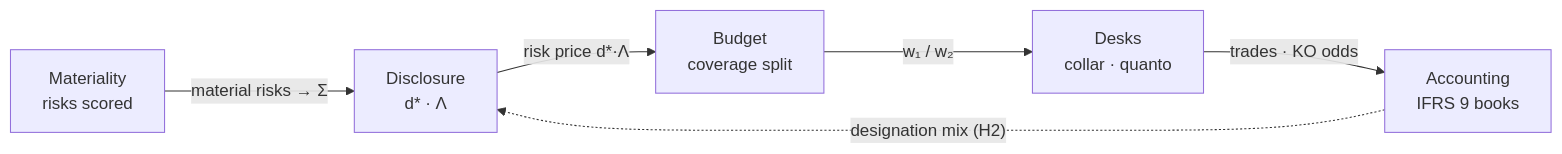
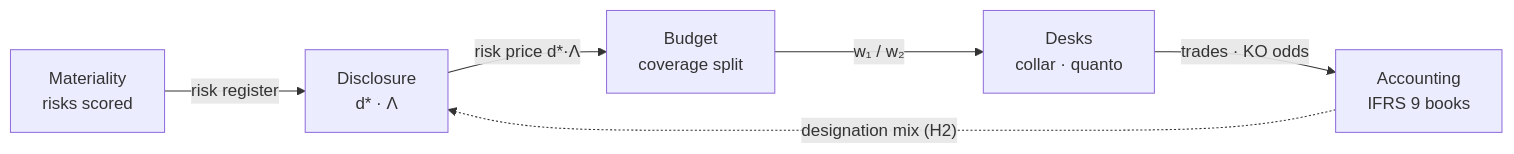
Before and after one commit to JihongParker/hong-erp: the diagram in README.md, drawn with Mermaid. The commit also changed other lines of this file and 5 other files, not shown here.

````diff
--- a/README.md
+++ b/README.md
@@ -33,8 +33,8 @@
 ```mermaid
 flowchart LR
-    MAT["Materiality<br/>risks scored"] -- "material risks → Σ" --> DEC["Disclosure<br/>d* · Λ"]
+    MAT["Materiality<br/>risks scored"] -- "risk register" --> DEC["Disclosure<br/>d* · Λ"]
     DEC -- "risk price d*·Λ" --> BUD["Budget<br/>coverage split"]
     BUD -- "w₁ / w₂" --> DESK["Desks<br/>collar · quanto"]
     DESK -- "trades · KO odds" --> ACC["Accounting<br/>IFRS 9 books"]
     ACC -. "designation mix (H2)" .-> DEC
 ```
````
